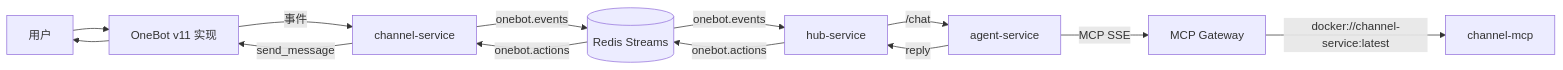
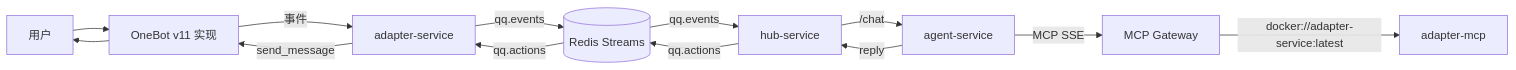
The first of 2 diagrams in README.md (tamakara/AIChan), drawn with Mermaid before and after one commit. The commit also changed other lines of this file and 73 other files, not shown here.

````diff
--- a/README.md
+++ b/README.md
@@ -6,15 +6,15 @@
 ```mermaid
 flowchart LR
     U[用户] --> O[OneBot v11 实现]
-    O -->|事件| C[channel-service]
-    C -->|onebot.events| R[(Redis Streams)]
-    R -->|onebot.events| H[hub-service]
+    O -->|事件| C[adapter-service]
+    C -->|qq.events| R[(Redis Streams)]
+    R -->|qq.events| H[hub-service]
     H -->|/chat| A[agent-service]
     A -->|MCP SSE| M[MCP Gateway]
-    M -->|docker://channel-service:latest| T[channel-mcp]
+    M -->|docker://adapter-service:latest| T[adapter-mcp]
     A -->|reply| H
-    H -->|onebot.actions| R
-    R -->|onebot.actions| C
+    H -->|qq.actions| R
+    R -->|qq.actions| C
     C -->|send_message| O
     O --> U
 ```
````
